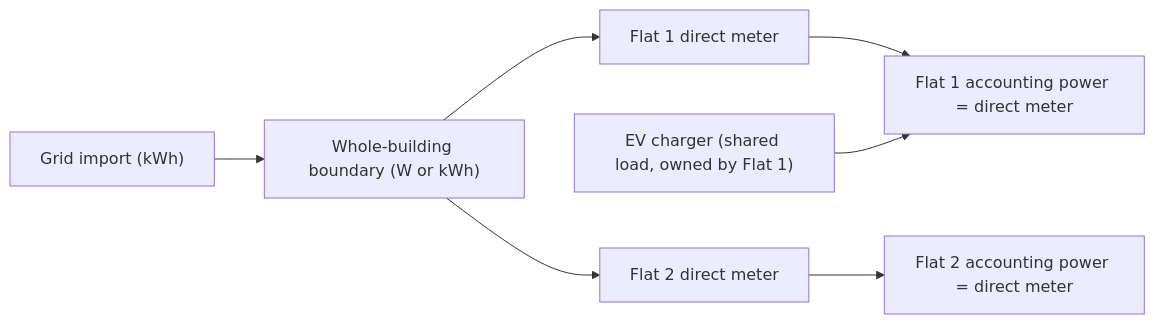
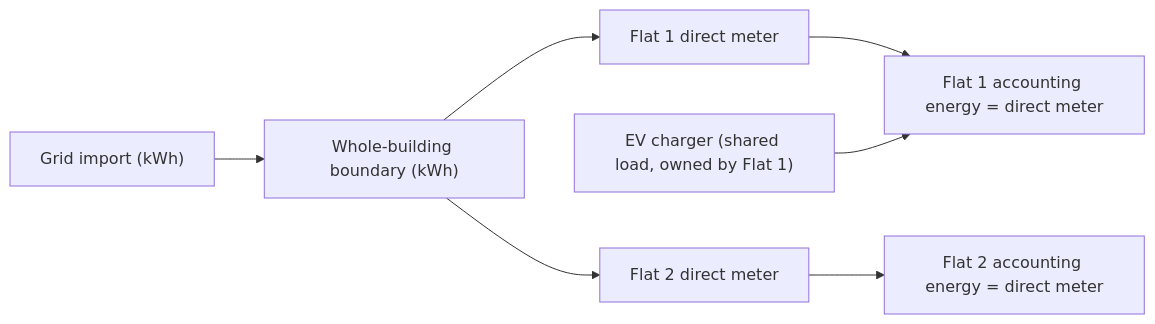
The first of 3 diagrams in docs/allocation-policies.md (yeaxi/shared-energy-ledger), drawn with Mermaid before and after one commit. The commit also changed other lines of this file and 60 other files, not shown here.

````diff
--- a/docs/allocation-policies.md
+++ b/docs/allocation-policies.md
@@ -25,9 +25,9 @@
 ```mermaid
 flowchart LR
-    A["Grid import (kWh)"] --> B["Whole-building boundary (W or kWh)"]
+    A["Grid import (kWh)"] --> B["Whole-building boundary (kWh)"]
     B --> C["Flat 1 direct meter"]
     B --> D["Flat 2 direct meter"]
-    D --> E["Flat 2 accounting power = direct meter"]
-    C --> F["Flat 1 accounting power = direct meter"]
+    D --> E["Flat 2 accounting energy = direct meter"]
+    C --> F["Flat 1 accounting energy = direct meter"]
     G["EV charger (shared load, owned by Flat 1)"] --> F
 ```
````
